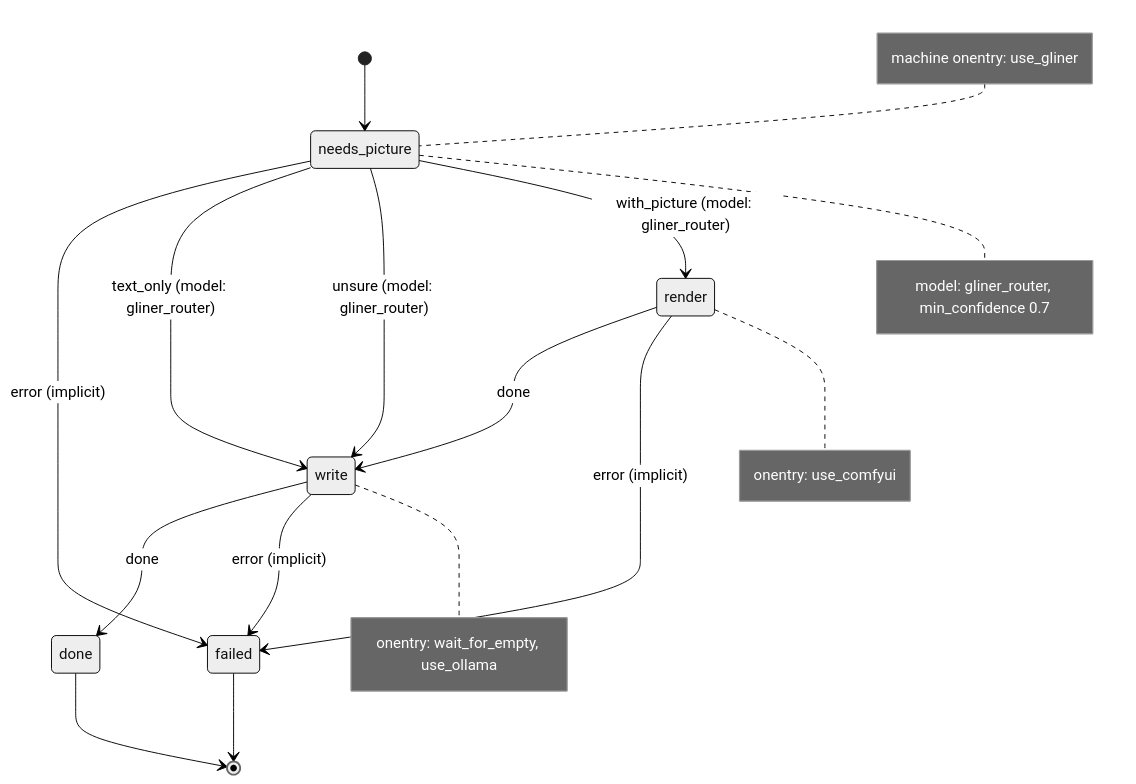
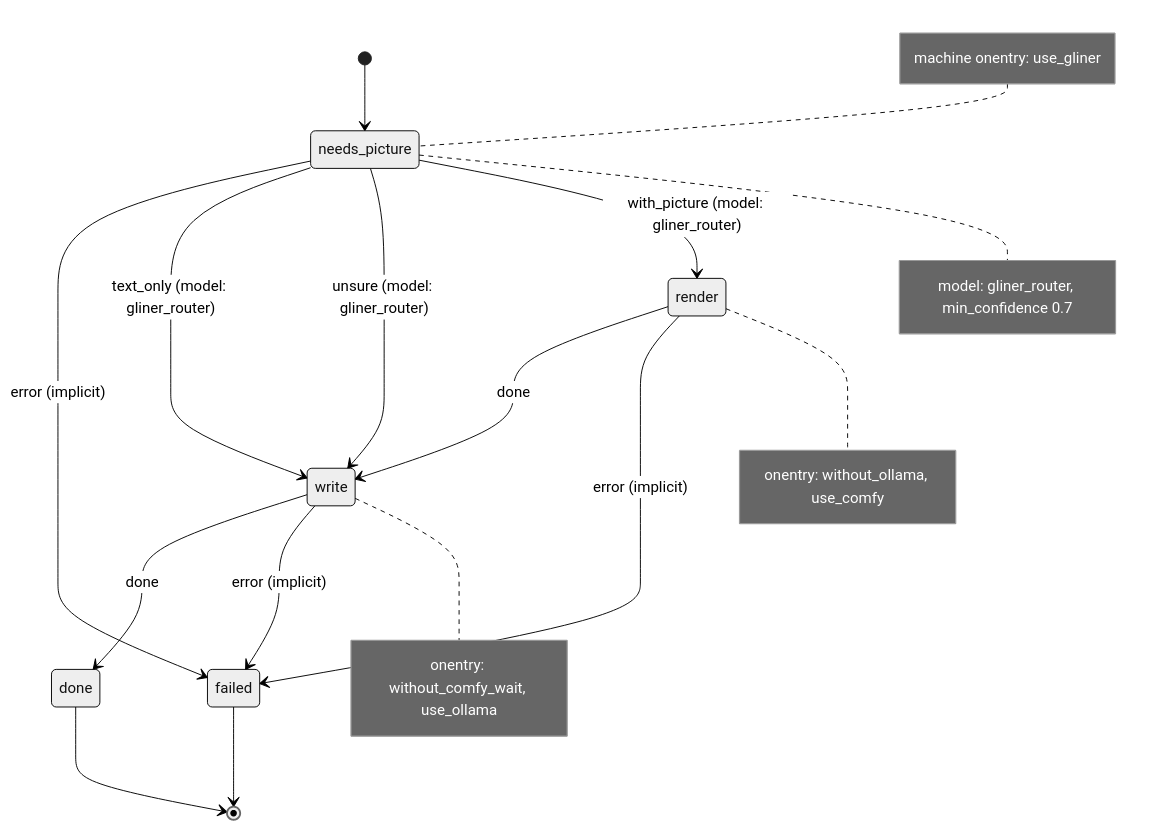
The diagram in examples/tmux-services/.decree/graph/illustrated_post.md (jtmckay/decree), drawn with Mermaid (neutral theme) before and after one commit. The commit also changed 14 other files, not shown here.

````diff
--- a/examples/tmux-services/.decree/graph/illustrated_post.md
+++ b/examples/tmux-services/.decree/graph/illustrated_post.md
@@ -7,26 +7,26 @@
 ```mermaid
 stateDiagram-v2
     [*] --> needs_picture
     needs_picture --> failed: error (implicit)
     needs_picture --> write: text_only (model: gliner_router)
     needs_picture --> write: unsure (model: gliner_router)
     needs_picture --> render: with_picture (model: gliner_router)
     render --> write: done
     render --> failed: error (implicit)
     write --> done: done
     write --> failed: error (implicit)
     done --> [*]
     failed --> [*]
     note left of needs_picture
         machine onentry: use_gliner
     end note
     note right of needs_picture
         model: gliner_router, min_confidence 0.7
     end note
     note right of render
-        onentry: use_comfyui
+        onentry: without_ollama, use_comfy
     end note
     note right of write
-        onentry: wait_for_empty, use_ollama
+        onentry: without_comfy_wait, use_ollama
     end note
 ```
````
